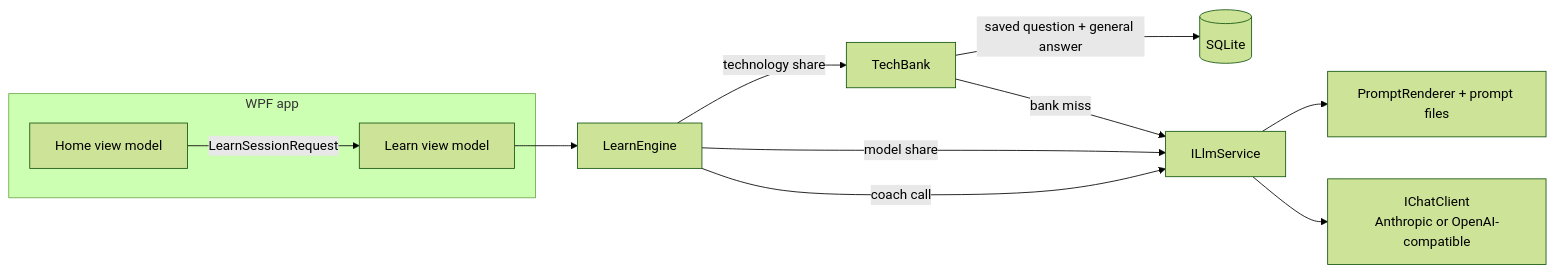
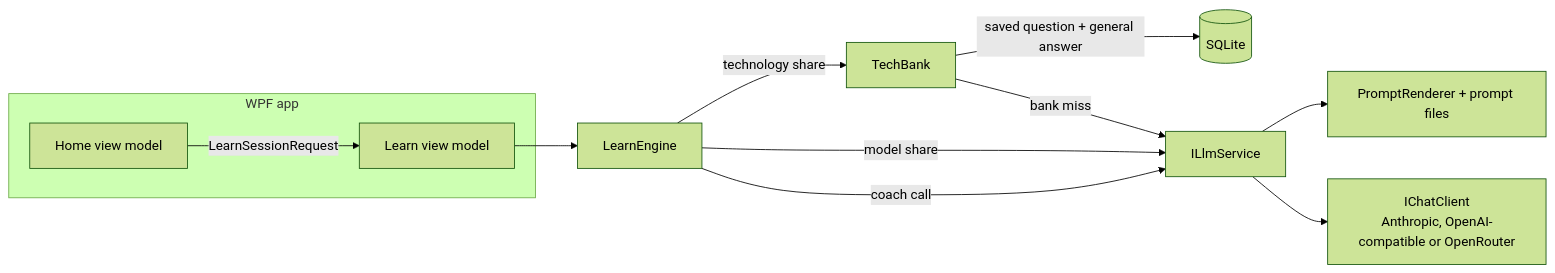
Before and after one commit to srinadhmanchikalapudi/interview-coach: the diagram in README.md, drawn with Mermaid (forest theme). The commit also changed other lines of this file and 5 other files, not shown here.

First line of the commit message:
docs: describe the OpenRouter provider

````diff
--- a/README.md
+++ b/README.md
@@ -182,14 +199,14 @@
 ```mermaid
 flowchart LR
     subgraph UI [WPF app]
         H[Home view model] -->|LearnSessionRequest| L[Learn view model]
     end
     L --> E[LearnEngine]
     E -->|technology share| B[TechBank]
     E -->|model share| Q
     B -->|saved question + general answer| R[(SQLite)]
     B -->|bank miss| Q
     Q[ILlmService] --> P[PromptRenderer + prompt files]
-    Q --> C[IChatClient<br/>Anthropic or OpenAI-compatible]
+    Q --> C[IChatClient<br/>Anthropic, OpenAI-compatible or OpenRouter]
     E -->|coach call| Q
 ```
````
